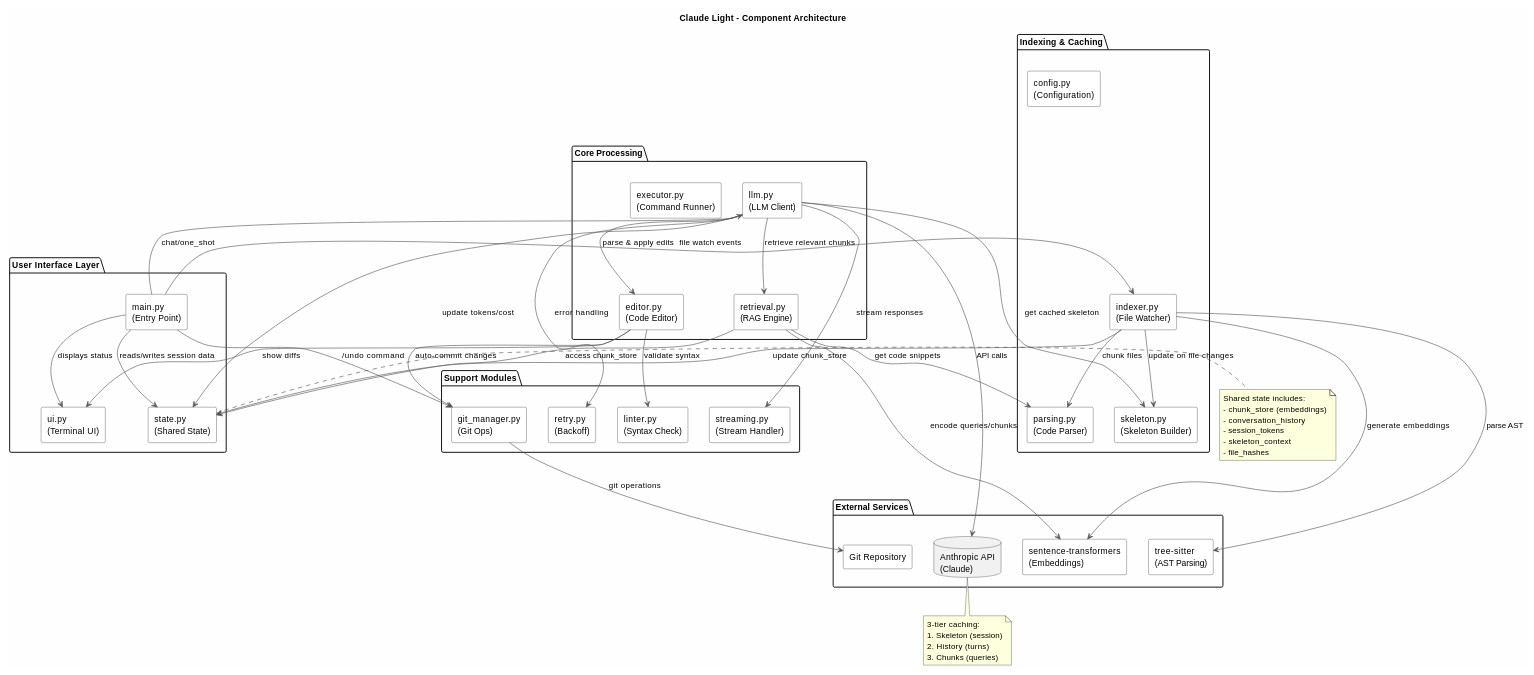
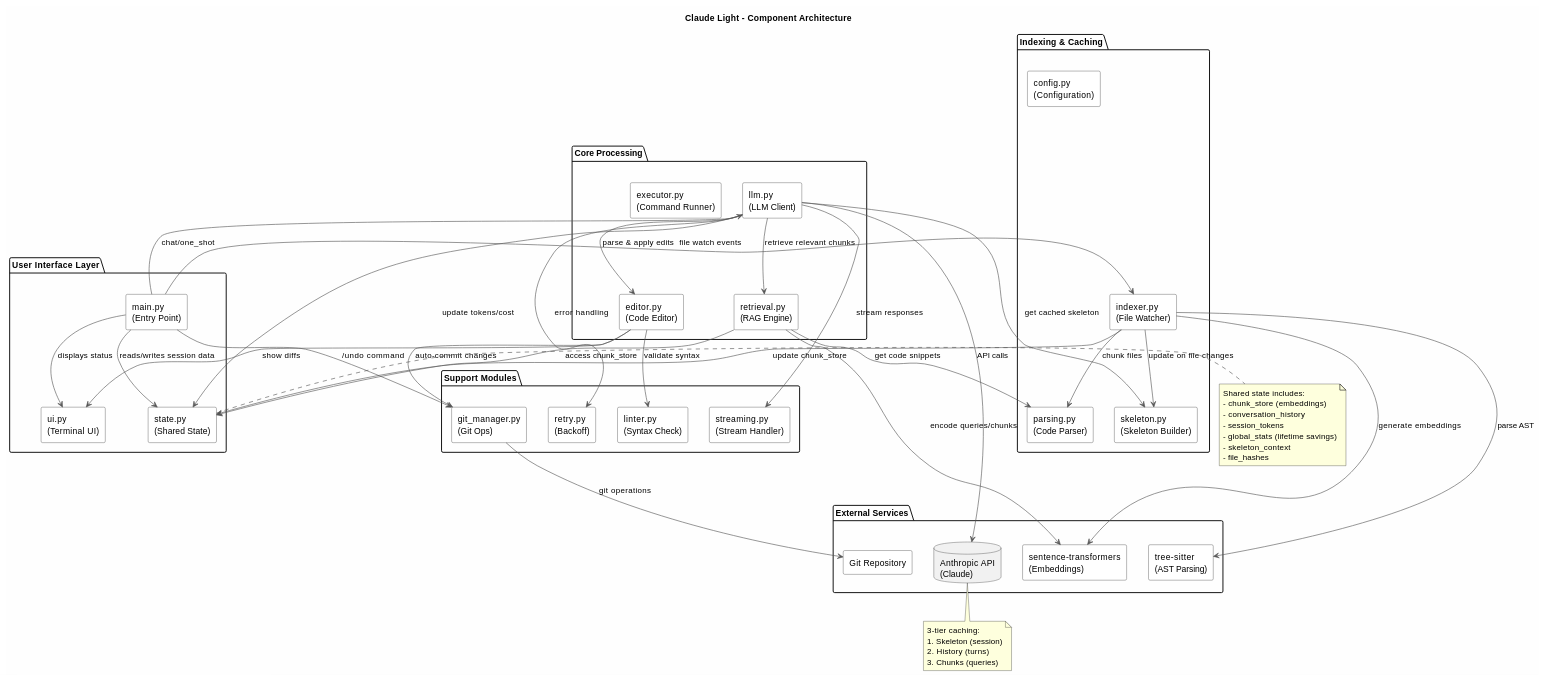
The first of 5 diagrams in docs/architecture.md (PIsberg/claude_light), drawn with PlantUML before and after one commit. The commit also changed other lines of this file and 6 other files, not shown here.

Commit message:
implement a global counter of token/dollar savings

```diff
--- a/docs/architecture.md
+++ b/docs/architecture.md
@@ -132,6 +132,7 @@
   - chunk_store (embeddings)
   - conversation_history
   - session_tokens
+  - global_stats (lifetime savings)
   - skeleton_context
   - file_hashes
 end note
```
